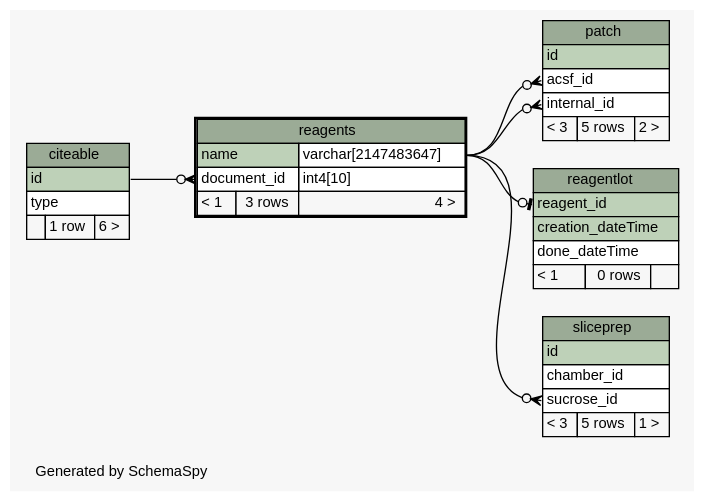
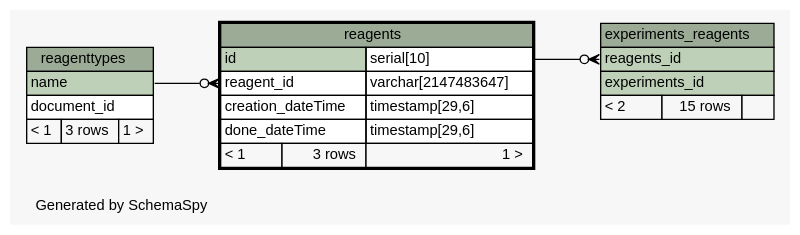
The diagram in database/ss/diagrams/reagents.1degree.dot (tgbugs/mlab), drawn with Graphviz before and after one commit. The commit also changed 215 other files, not shown here.

```diff
--- a/database/ss/diagrams/reagents.1degree.dot
+++ b/database/ss/diagrams/reagents.1degree.dot
@@ -1,85 +1,59 @@
 // dot 2.32.0 on Windows 7 6.1
 // SchemaSpy rev 590
 digraph "oneDegreeRelationshipsDiagram" {
   graph [
     rankdir="RL"
     bgcolor="#f7f7f7"
     label="\nGenerated by SchemaSpy"
     labeljust="l"
     nodesep="0.18"
     ranksep="0.46"
     fontname="Helvetica"
     fontsize="11"
   ];
   node [
     fontname="Helvetica"
     fontsize="11"
     shape="plaintext"
   ];
   edge [
     arrowsize="0.8"
   ];
-  "patch":"acsf_id":w -> "reagents":"name.type":e [arrowhead=none dir=back arrowtail=crowodot];
-  "patch":"internal_id":w -> "reagents":"name.type":e [arrowhead=none dir=back arrowtail=crowodot];
-  "reagentlot":"reagent_id":w -> "reagents":"name.type":e [arrowhead=none dir=back arrowtail=teeodot];
-  "reagents":"document_id":w -> "citeable":"id":e [arrowhead=none dir=back arrowtail=crowodot];
-  "sliceprep":"sucrose_id":w -> "reagents":"name.type":e [arrowhead=none dir=back arrowtail=crowodot];
-  "citeable" [
+  "experiments_reagents":"reagents_id":w -> "reagents":"id.type":e [arrowhead=none dir=back arrowtail=crowodot];
+  "reagents":"reagent_id":w -> "reagenttypes":"name":e [arrowhead=none dir=back arrowtail=crowodot];
+  "experiments_reagents" [
     label=<
     <TABLE BORDER="0" CELLBORDER="1" CELLSPACING="0" BGCOLOR="#ffffff">
-      <TR><TD COLSPAN="3" BGCOLOR="#9bab96" ALIGN="CENTER">citeable</TD></TR>
-      <TR><TD PORT="id" COLSPAN="3" BGCOLOR="#bed1b8" ALIGN="LEFT">id</TD></TR>
-      <TR><TD PORT="type" COLSPAN="3" ALIGN="LEFT">type</TD></TR>
-      <TR><TD ALIGN="LEFT" BGCOLOR="#f7f7f7">  </TD><TD ALIGN="RIGHT" BGCOLOR="#f7f7f7">1 row</TD><TD ALIGN="RIGHT" BGCOLOR="#f7f7f7">6 &gt;</TD></TR>
+      <TR><TD COLSPAN="3" BGCOLOR="#9bab96" ALIGN="CENTER">experiments_reagents</TD></TR>
+      <TR><TD PORT="reagents_id" COLSPAN="3" BGCOLOR="#bed1b8" ALIGN="LEFT">reagents_id</TD></TR>
+      <TR><TD PORT="experiments_id" COLSPAN="3" BGCOLOR="#bed1b8" ALIGN="LEFT">experiments_id</TD></TR>
+      <TR><TD ALIGN="LEFT" BGCOLOR="#f7f7f7">&lt; 2</TD><TD ALIGN="RIGHT" BGCOLOR="#f7f7f7">15 rows</TD><TD ALIGN="RIGHT" BGCOLOR="#f7f7f7">  </TD></TR>
     </TABLE>>
-    URL="citeable.html"
-    tooltip="citeable"
-  ];
-  "patch" [
-    label=<
-    <TABLE BORDER="0" CELLBORDER="1" CELLSPACING="0" BGCOLOR="#ffffff">
-      <TR><TD COLSPAN="3" BGCOLOR="#9bab96" ALIGN="CENTER">patch</TD></TR>
-      <TR><TD PORT="id" COLSPAN="3" BGCOLOR="#bed1b8" ALIGN="LEFT">id</TD></TR>
-      <TR><TD PORT="acsf_id" COLSPAN="3" ALIGN="LEFT">acsf_id</TD></TR>
-      <TR><TD PORT="internal_id" COLSPAN="3" ALIGN="LEFT">internal_id</TD></TR>
-      <TR><TD ALIGN="LEFT" BGCOLOR="#f7f7f7">&lt; 3</TD><TD ALIGN="RIGHT" BGCOLOR="#f7f7f7">5 rows</TD><TD ALIGN="RIGHT" BGCOLOR="#f7f7f7">2 &gt;</TD></TR>
-    </TABLE>>
-    URL="patch.html"
-    tooltip="patch"
-  ];
-  "reagentlot" [
-    label=<
-    <TABLE BORDER="0" CELLBORDER="1" CELLSPACING="0" BGCOLOR="#ffffff">
-      <TR><TD COLSPAN="3" BGCOLOR="#9bab96" ALIGN="CENTER">reagentlot</TD></TR>
-      <TR><TD PORT="reagent_id" COLSPAN="3" BGCOLOR="#bed1b8" ALIGN="LEFT">reagent_id</TD></TR>
-      <TR><TD PORT="creation_dateTime" COLSPAN="3" BGCOLOR="#bed1b8" ALIGN="LEFT">creation_dateTime</TD></TR>
-      <TR><TD PORT="done_dateTime" COLSPAN="3" ALIGN="LEFT">done_dateTime</TD></TR>
-      <TR><TD ALIGN="LEFT" BGCOLOR="#f7f7f7">&lt; 1</TD><TD ALIGN="RIGHT" BGCOLOR="#f7f7f7">0 rows</TD><TD ALIGN="RIGHT" BGCOLOR="#f7f7f7">  </TD></TR>
-    </TABLE>>
-    URL="reagentlot.html"
-    tooltip="reagentlot"
+    URL="experiments_reagents.html"
+    tooltip="experiments_reagents"
   ];
   "reagents" [
     label=<
     <TABLE BORDER="2" CELLBORDER="1" CELLSPACING="0" BGCOLOR="#ffffff">
       <TR><TD COLSPAN="3" BGCOLOR="#9bab96" ALIGN="CENTER">reagents</TD></TR>
-      <TR><TD PORT="name" COLSPAN="2" BGCOLOR="#bed1b8" ALIGN="LEFT">name</TD><TD PORT="name.type" ALIGN="LEFT">varchar[2147483647]</TD></TR>
-      <TR><TD PORT="document_id" COLSPAN="2" ALIGN="LEFT">document_id</TD><TD PORT="document_id.type" ALIGN="LEFT">int4[10]</TD></TR>
-      <TR><TD ALIGN="LEFT" BGCOLOR="#f7f7f7">&lt; 1</TD><TD ALIGN="RIGHT" BGCOLOR="#f7f7f7">3 rows</TD><TD ALIGN="RIGHT" BGCOLOR="#f7f7f7">4 &gt;</TD></TR>
+      <TR><TD PORT="id" COLSPAN="2" BGCOLOR="#bed1b8" ALIGN="LEFT">id</TD><TD PORT="id.type" ALIGN="LEFT">serial[10]</TD></TR>
+      <TR><TD PORT="reagent_id" COLSPAN="2" ALIGN="LEFT">reagent_id</TD><TD PORT="reagent_id.type" ALIGN="LEFT">varchar[2147483647]</TD></TR>
+      <TR><TD PORT="creation_dateTime" COLSPAN="2" ALIGN="LEFT">creation_dateTime</TD><TD PORT="creation_dateTime.type" ALIGN="LEFT">timestamp[29,6]</TD></TR>
+      <TR><TD PORT="done_dateTime" COLSPAN="2" ALIGN="LEFT">done_dateTime</TD><TD PORT="done_dateTime.type" ALIGN="LEFT">timestamp[29,6]</TD></TR>
+      <TR><TD ALIGN="LEFT" BGCOLOR="#f7f7f7">&lt; 1</TD><TD ALIGN="RIGHT" BGCOLOR="#f7f7f7">3 rows</TD><TD ALIGN="RIGHT" BGCOLOR="#f7f7f7">1 &gt;</TD></TR>
     </TABLE>>
     URL="reagents.html"
     tooltip="reagents"
   ];
-  "sliceprep" [
+  "reagenttypes" [
     label=<
     <TABLE BORDER="0" CELLBORDER="1" CELLSPACING="0" BGCOLOR="#ffffff">
-      <TR><TD COLSPAN="3" BGCOLOR="#9bab96" ALIGN="CENTER">sliceprep</TD></TR>
-      <TR><TD PORT="id" COLSPAN="3" BGCOLOR="#bed1b8" ALIGN="LEFT">id</TD></TR>
-      <TR><TD PORT="chamber_id" COLSPAN="3" ALIGN="LEFT">chamber_id</TD></TR>
-      <TR><TD PORT="sucrose_id" COLSPAN="3" ALIGN="LEFT">sucrose_id</TD></TR>
-      <TR><TD ALIGN="LEFT" BGCOLOR="#f7f7f7">&lt; 3</TD><TD ALIGN="RIGHT" BGCOLOR="#f7f7f7">5 rows</TD><TD ALIGN="RIGHT" BGCOLOR="#f7f7f7">1 &gt;</TD></TR>
+      <TR><TD COLSPAN="3" BGCOLOR="#9bab96" ALIGN="CENTER">reagenttypes</TD></TR>
+      <TR><TD PORT="name" COLSPAN="3" BGCOLOR="#bed1b8" ALIGN="LEFT">name</TD></TR>
+      <TR><TD PORT="document_id" COLSPAN="3" ALIGN="LEFT">document_id</TD></TR>
+      <TR><TD ALIGN="LEFT" BGCOLOR="#f7f7f7">&lt; 1</TD><TD ALIGN="RIGHT" BGCOLOR="#f7f7f7">3 rows</TD><TD ALIGN="RIGHT" BGCOLOR="#f7f7f7">1 &gt;</TD></TR>
     </TABLE>>
-    URL="sliceprep.html"
-    tooltip="sliceprep"
+    URL="reagenttypes.html"
+    tooltip="reagenttypes"
   ];
 }
```
